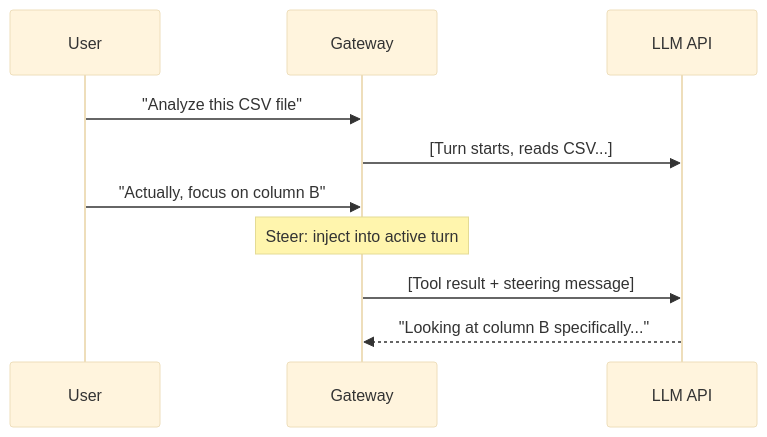
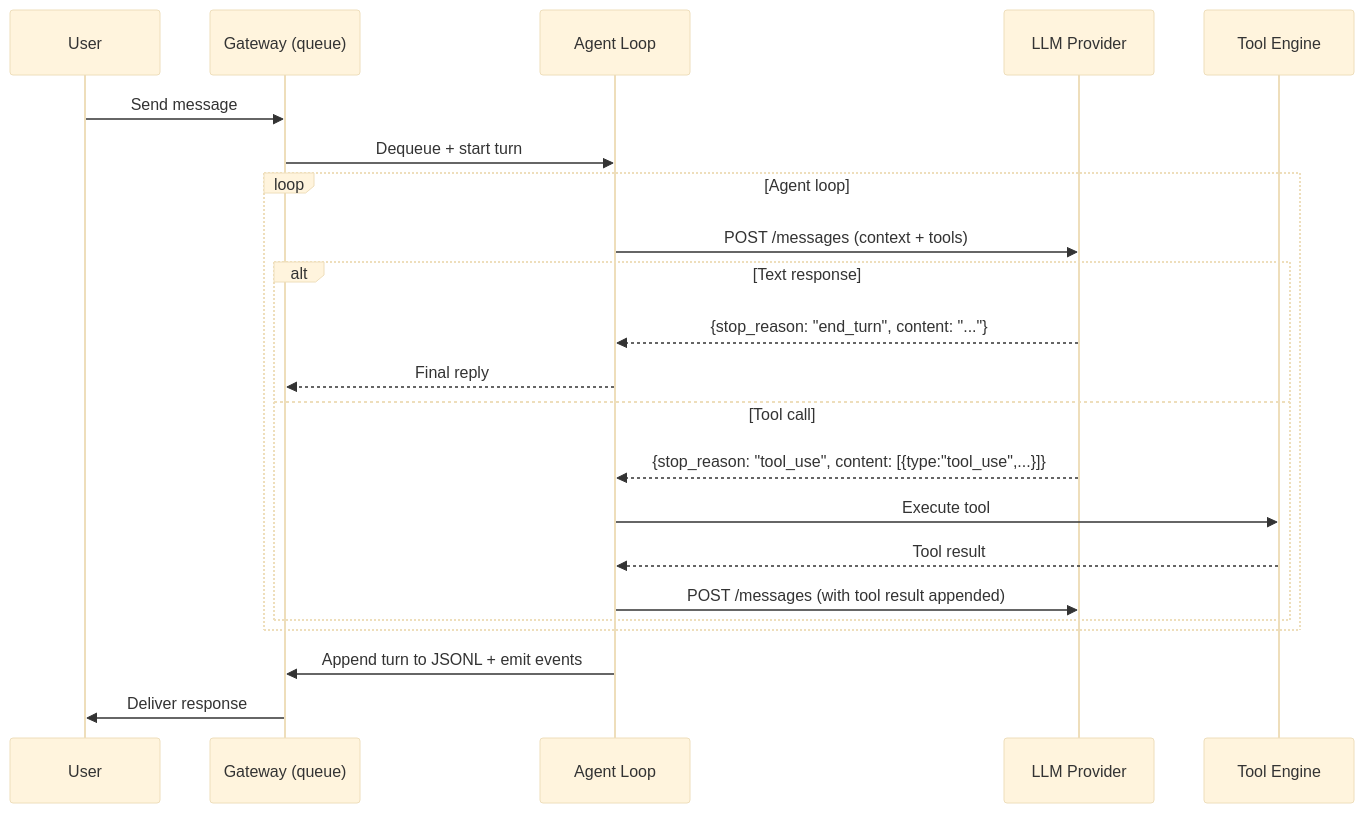
Before and after one commit to reddinft/openclaw-academy: the second of 2 diagrams in course/module-04-agents/01-agent-lifecycle.md, drawn with Mermaid (base theme). The commit also changed other lines of this file and 45 other files, not shown here.

````diff
--- a/course/module-04-agents/01-agent-lifecycle.md
+++ b/course/module-04-agents/01-agent-lifecycle.md
@@ -61,13 +85,27 @@
 ```mermaid
 sequenceDiagram
-    participant U as User
-    participant GW as Gateway
-    participant LLM as LLM API
+    participant User
+    participant Gateway as Gateway (queue)
+    participant Agent as Agent Loop
+    participant LLM as LLM Provider
+    participant Tools as Tool Engine
 
-    U->>GW: "Analyze this CSV file"
-    GW->>LLM: [Turn starts, reads CSV...]
-    U->>GW: "Actually, focus on column B"
-    Note over GW: Steer: inject into active turn
-    GW->>LLM: [Tool result + steering message]
-    LLM-->>GW: "Looking at column B specifically..."
+    User->>Gateway: Send message
+    Gateway->>Agent: Dequeue + start turn
+
+    loop Agent loop
+        Agent->>LLM: POST /messages (context + tools)
+        alt Text response
+            LLM-->>Agent: {stop_reason: "end_turn", content: "..."}
+            Agent-->>Gateway: Final reply
+        else Tool call
+            LLM-->>Agent: {stop_reason: "tool_use", content: [{type:"tool_use",...}]}
+            Agent->>Tools: Execute tool
+            Tools-->>Agent: Tool result
+            Agent->>LLM: POST /messages (with tool result appended)
+        end
+    end
+
+    Agent->>Gateway: Append turn to JSONL + emit events
+    Gateway->>User: Deliver response
 ```
````
